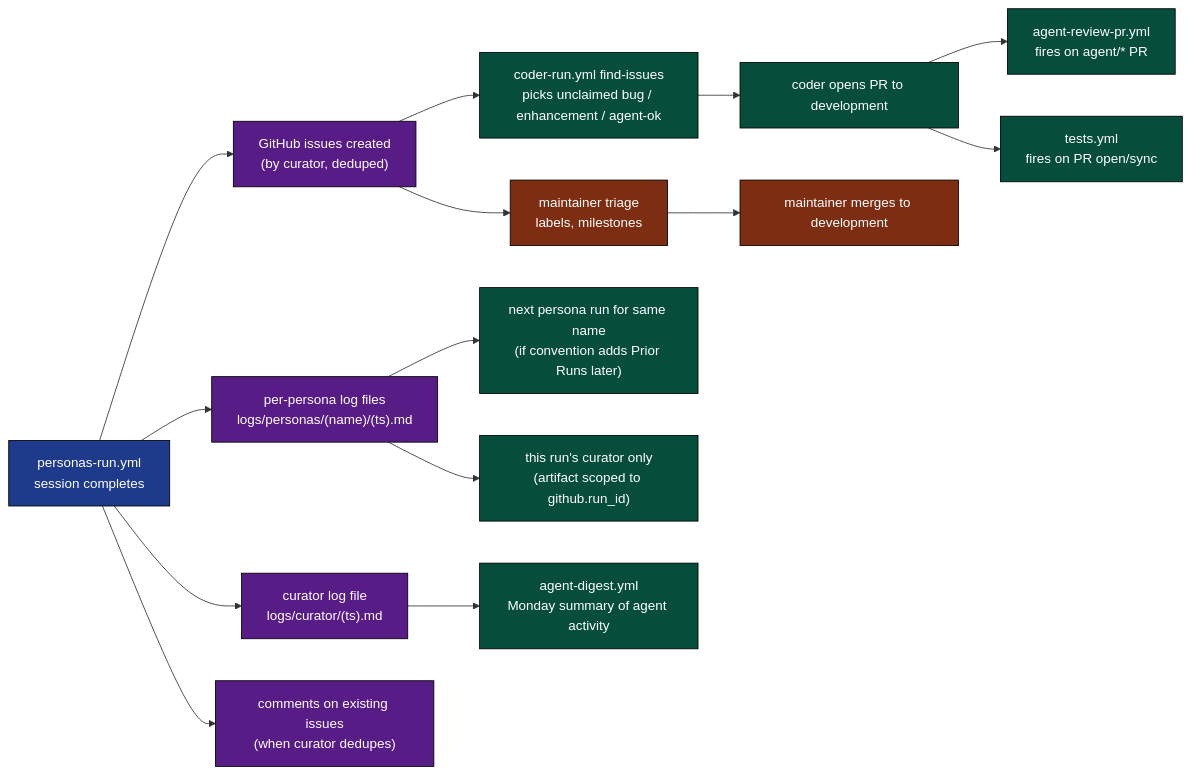
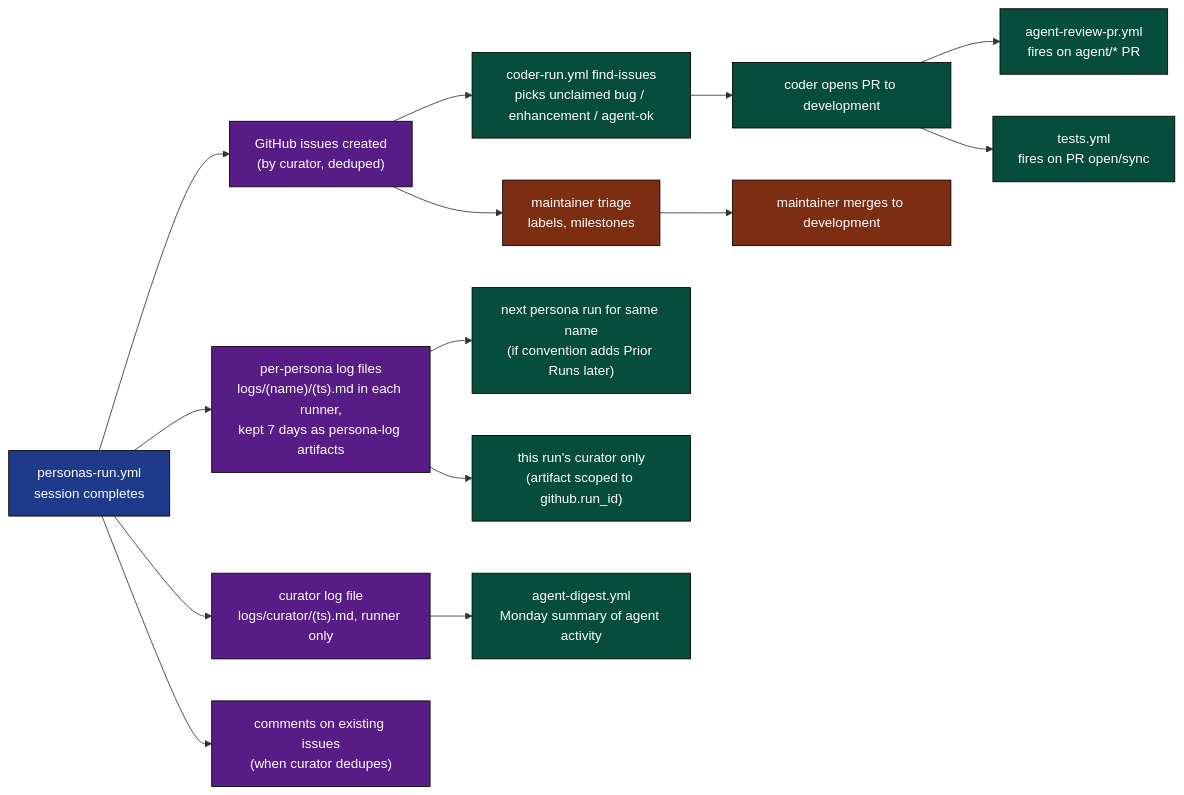
One commit to llm-exe/llm-exe changed the ninth of 12 diagrams in .github/docs/PERSONAS_RUN_DEEP_DIVE.md. Above: the diagram before and after it, drawn with Mermaid. The commit also changed other lines of this file and 2 other files, not shown here.

First line of the commit message:
docs: remove the remaining "persona logs are committed" claims

````diff
--- a/.github/docs/PERSONAS_RUN_DEEP_DIVE.md
+++ b/.github/docs/PERSONAS_RUN_DEEP_DIVE.md
@@ -553,26 +553,26 @@
 ```mermaid
 flowchart LR
     classDef src fill:#1e3a8a,color:#fff,stroke:#000
     classDef out fill:#581c87,color:#fff,stroke:#000
     classDef cons fill:#064e3b,color:#fff,stroke:#000
     classDef human fill:#7c2d12,color:#fff,stroke:#000
 
     PR["personas-run.yml\nsession completes"]:::src
 
-    PR --> O1["per-persona log files\nlogs/personas/(name)/(ts).md"]:::out
-    PR --> O2["curator log file\nlogs/curator/(ts).md"]:::out
+    PR --> O1["per-persona log files\nlogs/(name)/(ts).md in each runner,\nkept 7 days as persona-log artifacts"]:::out
+    PR --> O2["curator log file\nlogs/curator/(ts).md, runner only"]:::out
     PR --> O3["GitHub issues created\n(by curator, deduped)"]:::out
     PR --> O4["comments on existing issues\n(when curator dedupes)"]:::out
 
     O3 --> C1["coder-run.yml find-issues\npicks unclaimed bug / enhancement / agent-ok"]:::cons
     O3 --> C2["maintainer triage\nlabels, milestones"]:::human
 
     O1 --> C3["next persona run for same name\n(if convention adds Prior Runs later)"]:::cons
     O1 --> C4["this run's curator only\n(artifact scoped to github.run_id)"]:::cons
     O2 --> C5["agent-digest.yml\nMonday summary of agent activity"]:::cons
 
     C1 --> C6["coder opens PR to development"]:::cons
     C6 --> C7["agent-review-pr.yml\nfires on agent/* PR"]:::cons
     C6 --> C8["tests.yml\nfires on PR open/sync"]:::cons
     C2 --> M["maintainer merges to development"]:::human
 ```
````
